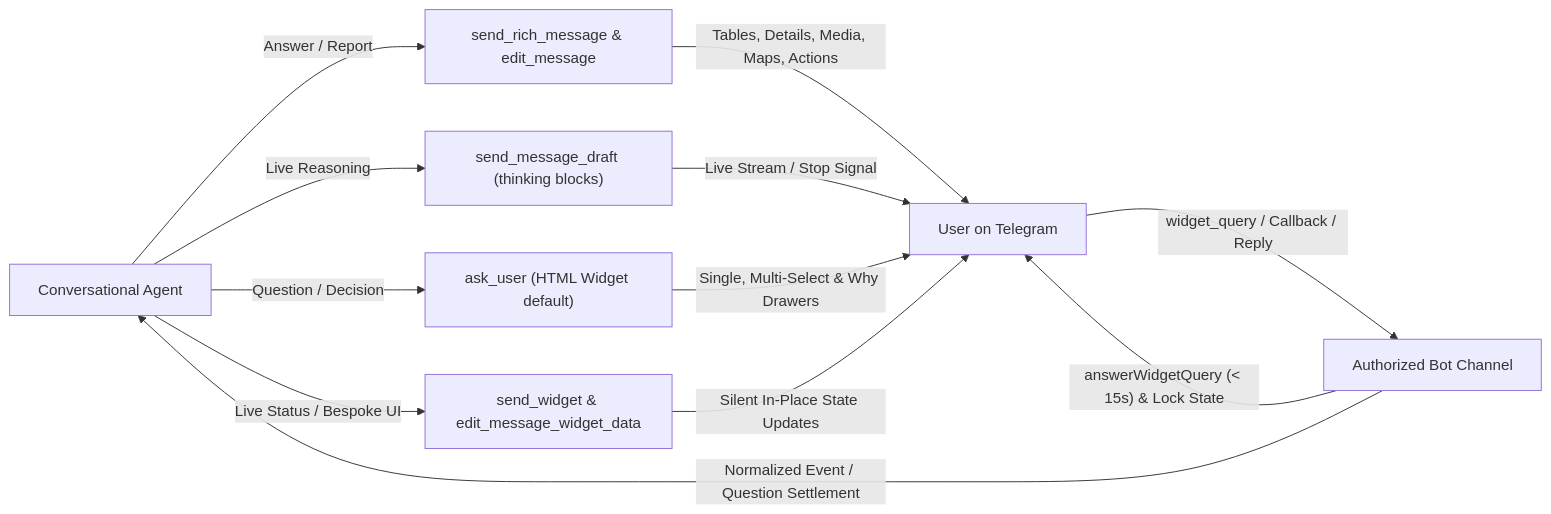
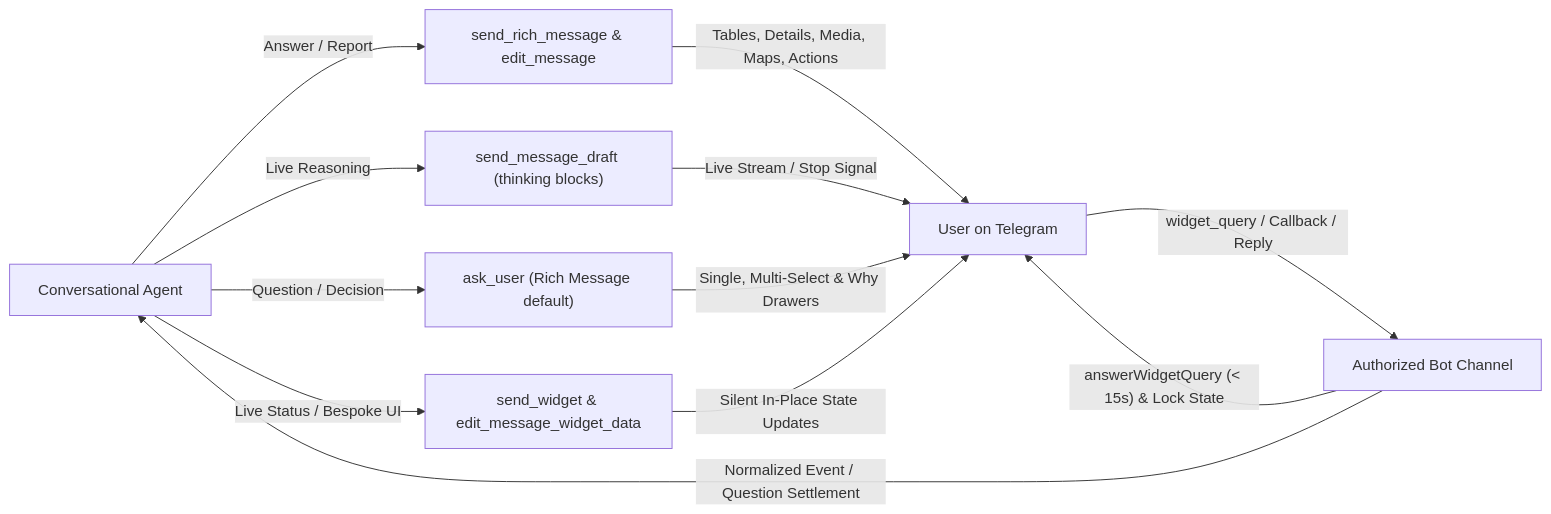
The diagram in specs/telegram/rich-messages-and-widgets.md (nicsuzor/academicOps), drawn with Mermaid before and after one commit. The commit also changed other lines of this file and 10 other files, not shown here.

First line of the commit message:
fix(ida-telegram): default ask_user to Rich Message card without widget fallback

````diff
--- a/specs/telegram/rich-messages-and-widgets.md
+++ b/specs/telegram/rich-messages-and-widgets.md
@@ -12,14 +12,14 @@
 ```mermaid
 flowchart LR
     Agent["Conversational Agent"] -->|"Answer / Report"| Rich["send_rich_message & edit_message"]
     Agent -->|"Live Reasoning"| Draft["send_message_draft (thinking blocks)"]
-    Agent -->|"Question / Decision"| Ask["ask_user (HTML Widget default)"]
+    Agent -->|"Question / Decision"| Ask["ask_user (Rich Message default)"]
     Agent -->|"Live Status / Bespoke UI"| Widget["send_widget & edit_message_widget_data"]
     Rich -->|"Tables, Details, Media, Maps, Actions"| User["User on Telegram"]
     Draft -->|"Live Stream / Stop Signal"| User
     Ask -->|"Single, Multi-Select & Why Drawers"| User
     Widget -->|"Silent In-Place State Updates"| User
     User -->|"widget_query / Callback / Reply"| Channel["Authorized Bot Channel"]
     Channel -->|"answerWidgetQuery (< 15s) & Lock State"| User
     Channel -->|"Normalized Event / Question Settlement"| Agent
 ```
````
